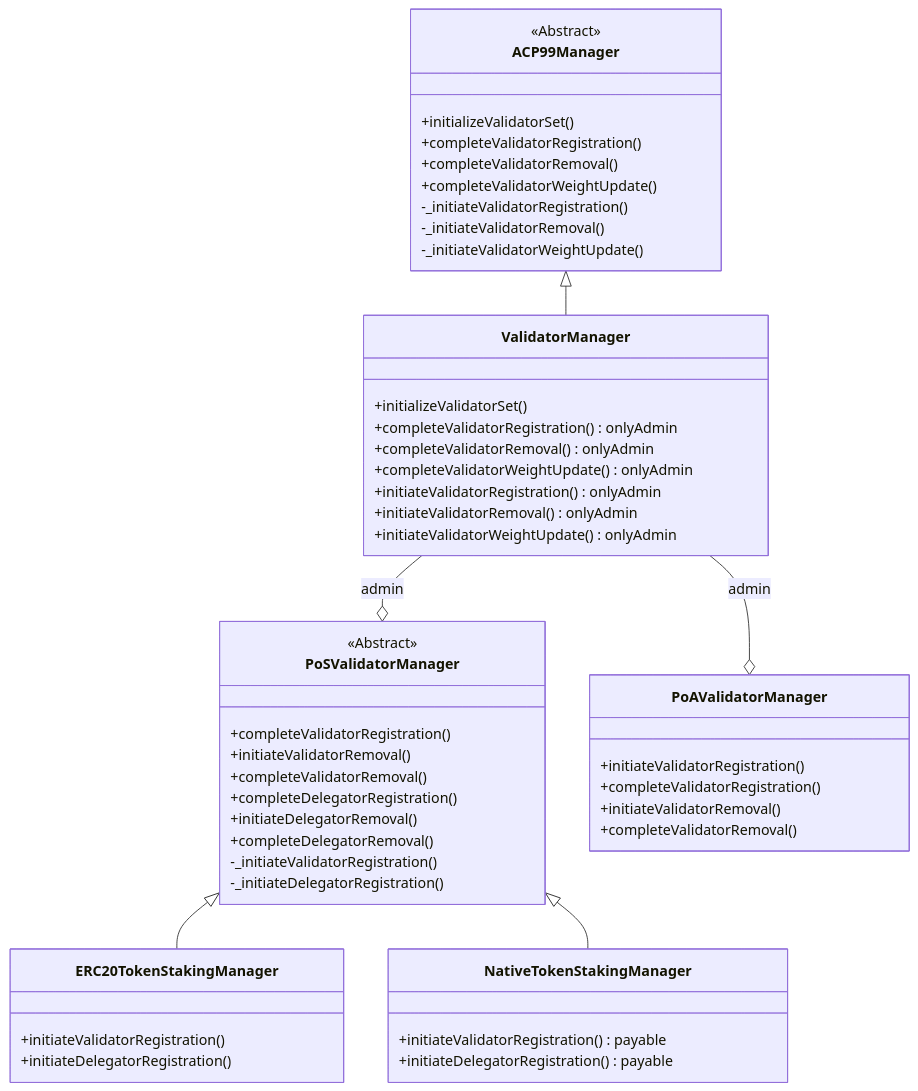
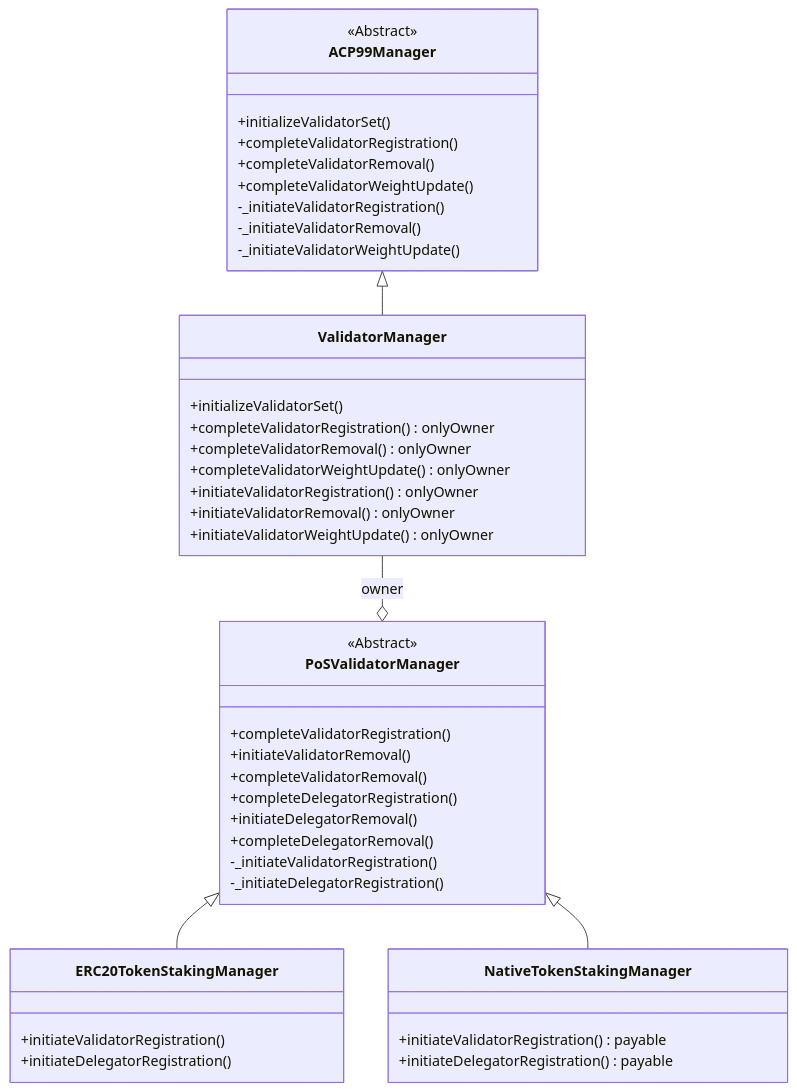
The diagram in contracts/validator-manager/README.md (quantum-smith427t6/icm-contracts), drawn with Mermaid before and after one commit. The commit also changed other lines of this file and 15 other files, not shown here.

````diff
--- a/contracts/validator-manager/README.md
+++ b/contracts/validator-manager/README.md
@@ -5,60 +5,53 @@
 ```mermaid
 ---
   config:
     class:
       hideEmptyMembersBox: true
 ---
 classDiagram
 class ACP99Manager {
     +initializeValidatorSet()
     +completeValidatorRegistration()
     +completeValidatorRemoval()
     +completeValidatorWeightUpdate()
     -_initiateValidatorRegistration()
     -_initiateValidatorRemoval()
     -_initiateValidatorWeightUpdate()
 }
 <<Abstract>> ACP99Manager
 
 class ValidatorManager {
     +initializeValidatorSet()
-    +completeValidatorRegistration() onlyAdmin
-    +completeValidatorRemoval() onlyAdmin
-    +completeValidatorWeightUpdate() onlyAdmin
-    +initiateValidatorRegistration() onlyAdmin
-    +initiateValidatorRemoval() onlyAdmin
-    +initiateValidatorWeightUpdate() onlyAdmin
+    +completeValidatorRegistration() onlyOwner
+    +completeValidatorRemoval() onlyOwner
+    +completeValidatorWeightUpdate() onlyOwner
+    +initiateValidatorRegistration() onlyOwner
+    +initiateValidatorRemoval() onlyOwner
+    +initiateValidatorWeightUpdate() onlyOwner
 }
 
 class PoSValidatorManager {
     +completeValidatorRegistration()
     +initiateValidatorRemoval()
     +completeValidatorRemoval()
     +completeDelegatorRegistration()
     +initiateDelegatorRemoval()
     +completeDelegatorRemoval()
     -_initiateValidatorRegistration()
     -_initiateDelegatorRegistration()
 }
 <<Abstract>> PoSValidatorManager
 class ERC20TokenStakingManager {
     +initiateValidatorRegistration()
     +initiateDelegatorRegistration()
 }
 class NativeTokenStakingManager {
     +initiateValidatorRegistration() payable
     +initiateDelegatorRegistration() payable
 }
-class PoAValidatorManager {
-    +initiateValidatorRegistration()
-    +completeValidatorRegistration()
-    +initiateValidatorRemoval()
-    +completeValidatorRemoval()
-}
 
 ACP99Manager <|-- ValidatorManager
-ValidatorManager --o  PoSValidatorManager : admin
-ValidatorManager --o  PoAValidatorManager : admin
+ValidatorManager --o  PoSValidatorManager : owner
 PoSValidatorManager <|-- ERC20TokenStakingManager
 PoSValidatorManager <|-- NativeTokenStakingManager
 ```
````
